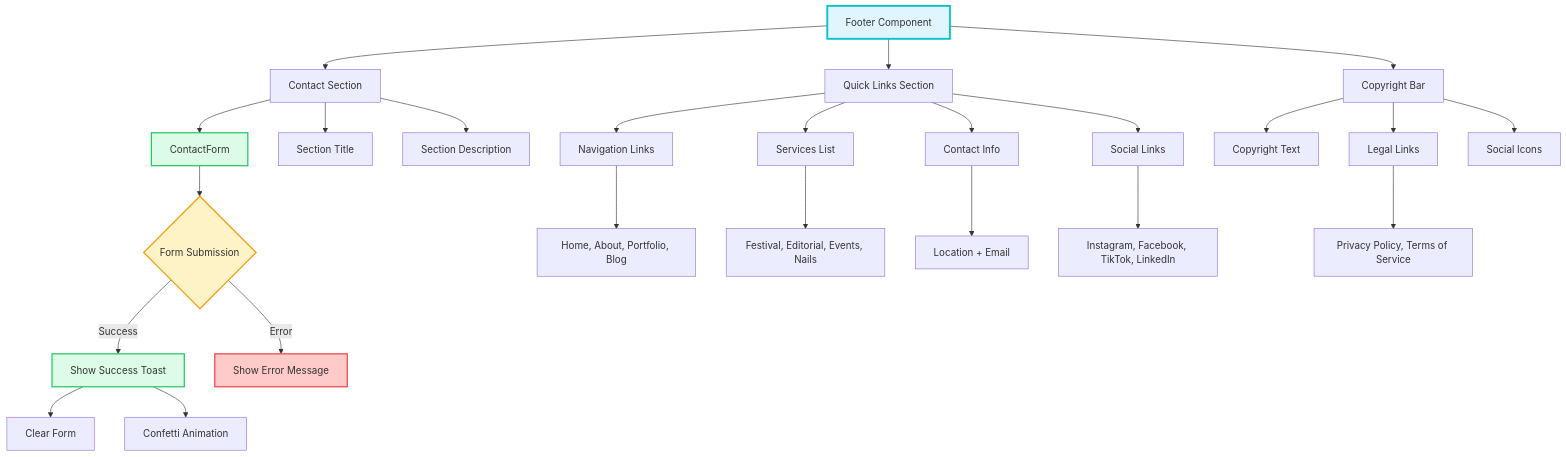
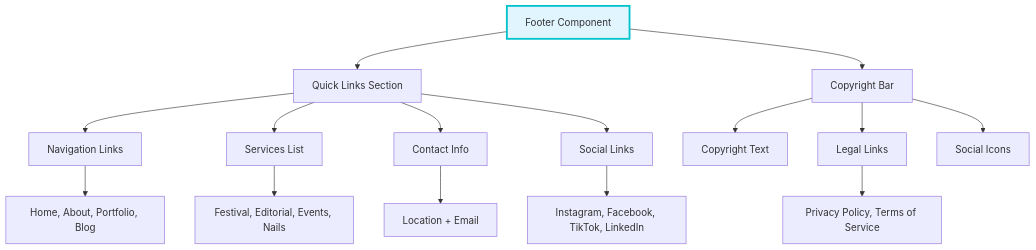
The first of 2 diagrams in src/guidelines/components/Footer.md (lightspeedwp/ashmakeup), drawn with Mermaid before and after one commit. The commit also changed other lines of this file and 532 other files, not shown here.

````diff
--- a/src/guidelines/components/Footer.md
+++ b/src/guidelines/components/Footer.md
@@ -515,39 +452,23 @@
 ```mermaid
 flowchart TD
-    A[Footer Component] --> B[Contact Section]
-    A --> C[Quick Links Section]
+    A[Footer Component] --> C[Quick Links Section]
     A --> D[Copyright Bar]
-    
-    B --> E[ContactForm]
-    B --> F[Section Title]
-    B --> G[Section Description]
-    
-    E --> H{Form Submission}
-    H -->|Success| I[Show Success Toast]
-    H -->|Error| J[Show Error Message]
-    
-    I --> K[Clear Form]
-    I --> L[Confetti Animation]
     
     C --> M[Navigation Links]
     C --> N[Services List]
     C --> O[Contact Info]
     C --> P[Social Links]
     
     M --> Q[Home, About, Portfolio, Blog]
     N --> R[Festival, Editorial, Events, Nails]
     O --> S[Location + Email]
     P --> T[Instagram, Facebook, TikTok, LinkedIn]
     
     D --> U[Copyright Text]
     D --> V[Legal Links]
     D --> W[Social Icons]
     
     V --> X[Privacy Policy, Terms of Service]
     
     style A fill:#e1f5ff,stroke:#01c3cc,stroke-width:3px
-    style E fill:#dcfce7,stroke:#22c55e,stroke-width:2px
-    style H fill:#fef3c7,stroke:#f59e0b,stroke-width:2px
-    style I fill:#dcfce7,stroke:#22c55e,stroke-width:2px
-    style J fill:#fecaca,stroke:#ef4444,stroke-width:2px
 ```
````
